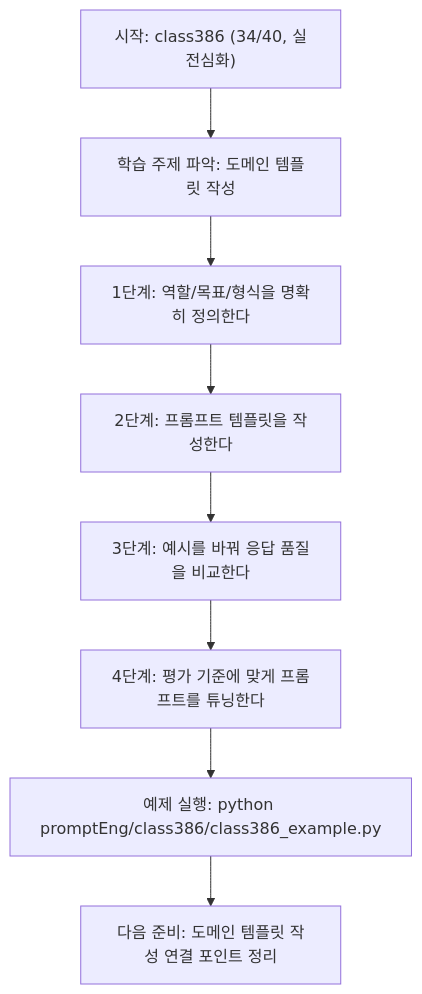
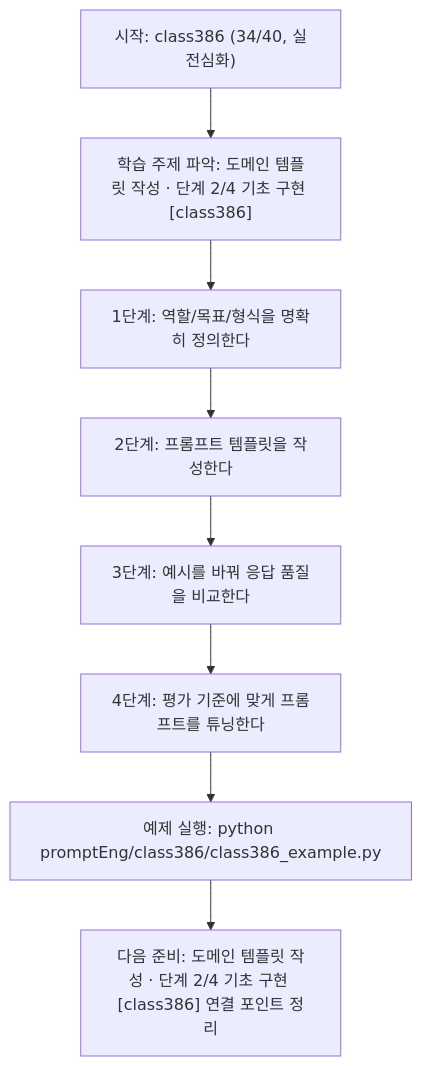
Before and after one commit to edumgt/Python-AI_Agent-Class: the diagram in promptEng/class386/class386.md, drawn with Mermaid. The commit also changed other lines of this file and 522 other files, not shown here.

````diff
--- a/promptEng/class386/class386.md
+++ b/promptEng/class386/class386.md
@@ -109,18 +110,18 @@
 ```mermaid
 flowchart TD
 N1["시작: class386 (34/40, 실전심화)"]
-N2["학습 주제 파악: 도메인 템플릿 작성"]
+N2["학습 주제 파악: 도메인 템플릿 작성 · 단계 2/4 기초 구현 [class386]"]
 N3["1단계: 역할/목표/형식을 명확히 정의한다"]
 N4["2단계: 프롬프트 템플릿을 작성한다"]
 N5["3단계: 예시를 바꿔 응답 품질을 비교한다"]
 N6["4단계: 평가 기준에 맞게 프롬프트를 튜닝한다"]
 N7["예제 실행: python promptEng/class386/class386_example.py"]
-N8["다음 준비: 도메인 템플릿 작성 연결 포인트 정리"]
+N8["다음 준비: 도메인 템플릿 작성 · 단계 2/4 기초 구현 [class386] 연결 포인트 정리"]
 N1 --> N2
 N2 --> N3
 N3 --> N4
 N4 --> N5
 N5 --> N6
 N6 --> N7
 N7 --> N8
 ```
````
